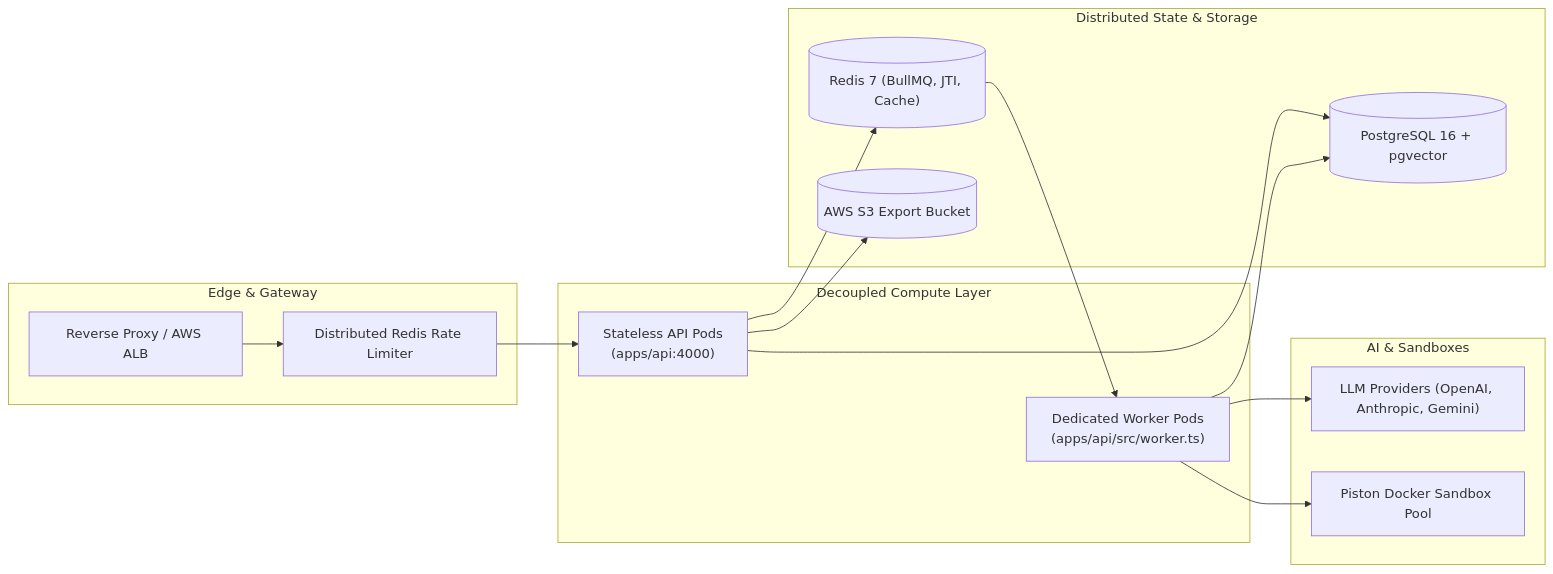
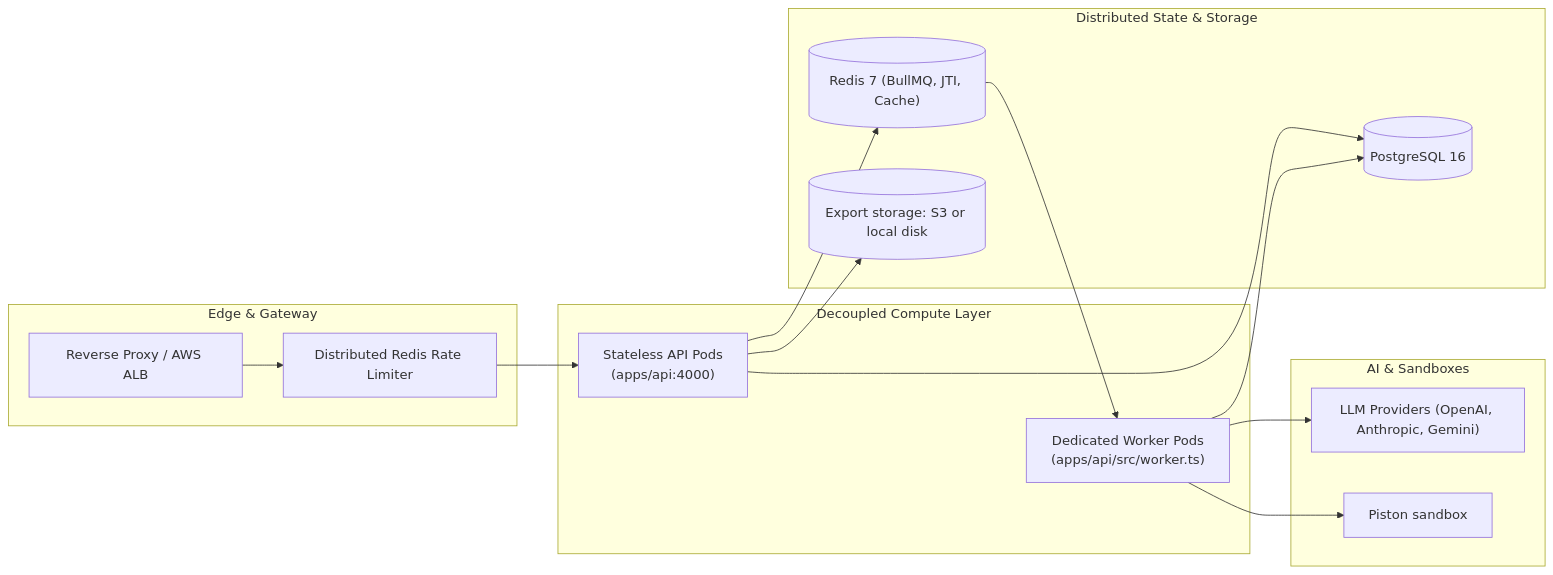
One commit to yashsrivastava1408/QuestionForge changed the diagram in docs/README.md. Above: the diagram before and after it, drawn with Mermaid. The commit also changed other lines of this file and 109 other files, not shown here.

````diff
--- a/docs/README.md
+++ b/docs/README.md
@@ -50,32 +52,32 @@
 ```mermaid
 flowchart LR
     subgraph Ingress ["Edge & Gateway"]
         ALB["Reverse Proxy / AWS ALB"]
         RateLimit["Distributed Redis Rate Limiter"]
     end
 
     subgraph Compute ["Decoupled Compute Layer"]
         API["Stateless API Pods\n(apps/api:4000)"]
         Worker["Dedicated Worker Pods\n(apps/api/src/worker.ts)"]
     end
 
     subgraph State ["Distributed State & Storage"]
         Redis[("Redis 7 (BullMQ, JTI, Cache)")]
-        PG[("PostgreSQL 16 + pgvector")]
-        S3[("AWS S3 Export Bucket")]
+        PG[("PostgreSQL 16")]
+        S3[("Export storage: S3 or local disk")]
     end
 
     subgraph ExternalEngine ["AI & Sandboxes"]
         LLM["LLM Providers (OpenAI, Anthropic, Gemini)"]
-        Piston["Piston Docker Sandbox Pool"]
+        Piston["Piston sandbox"]
     end
 
     ALB --> RateLimit --> API
     API --> Redis
     API --> PG
     Redis --> Worker
     Worker --> LLM
     Worker --> Piston
     Worker --> PG
     API --> S3
 ```
````
